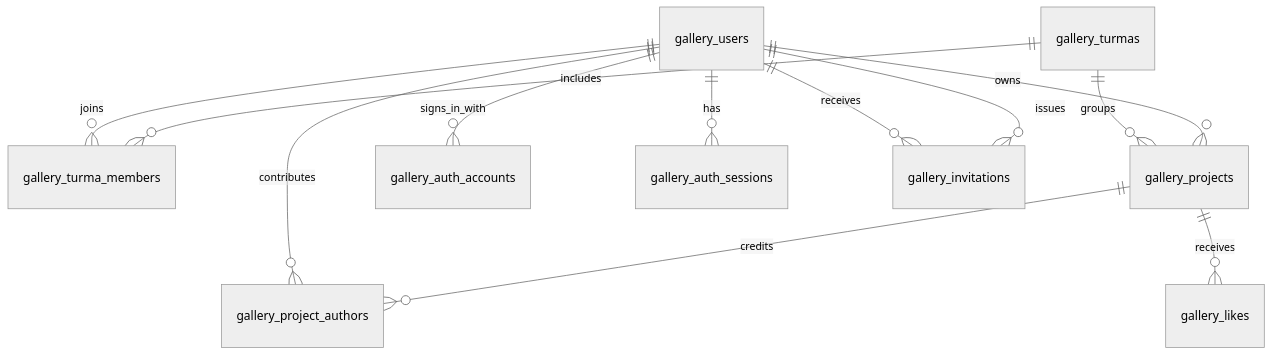
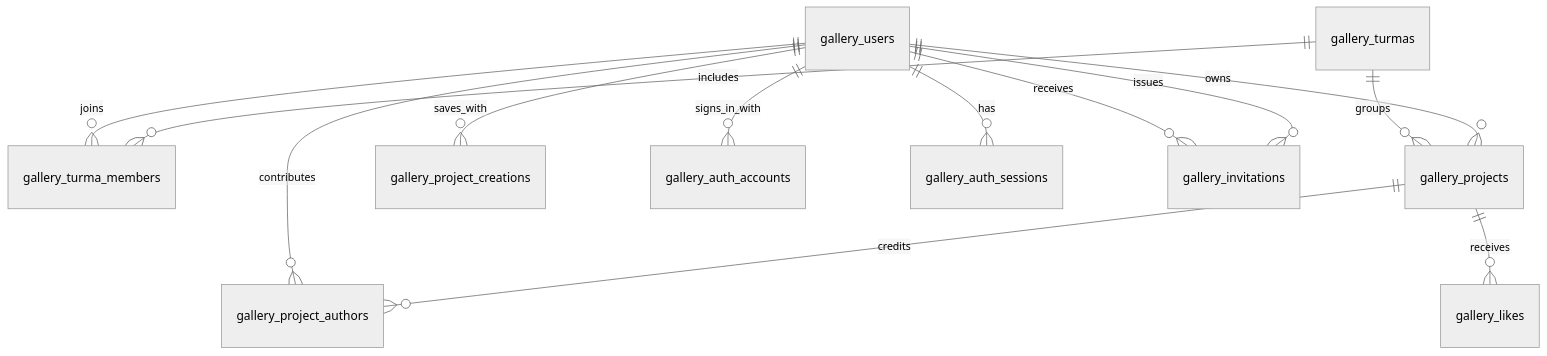
One commit to Vat-ua/toti-gallery changed the diagram in docs/database.md. Above: the diagram before and after it, drawn with Mermaid (neutral theme). The commit also changed other lines of this file and 23 other files, not shown here.

Commit message:
fix: guard project saves against retries and stale edits

````diff
--- a/docs/database.md
+++ b/docs/database.md
@@ -34,14 +34,15 @@
 ```mermaid
 erDiagram
     gallery_users ||--o{ gallery_turma_members : joins
     gallery_turmas ||--o{ gallery_turma_members : includes
     gallery_turmas ||--o{ gallery_projects : groups
     gallery_users ||--o{ gallery_projects : owns
+    gallery_users ||--o{ gallery_project_creations : saves_with
     gallery_users ||--o{ gallery_project_authors : contributes
     gallery_projects ||--o{ gallery_project_authors : credits
     gallery_projects ||--o{ gallery_likes : receives
     gallery_users ||--o{ gallery_auth_accounts : signs_in_with
     gallery_users ||--o{ gallery_auth_sessions : has
     gallery_users ||--o{ gallery_invitations : receives
     gallery_users ||--o{ gallery_invitations : issues
 ```
````
